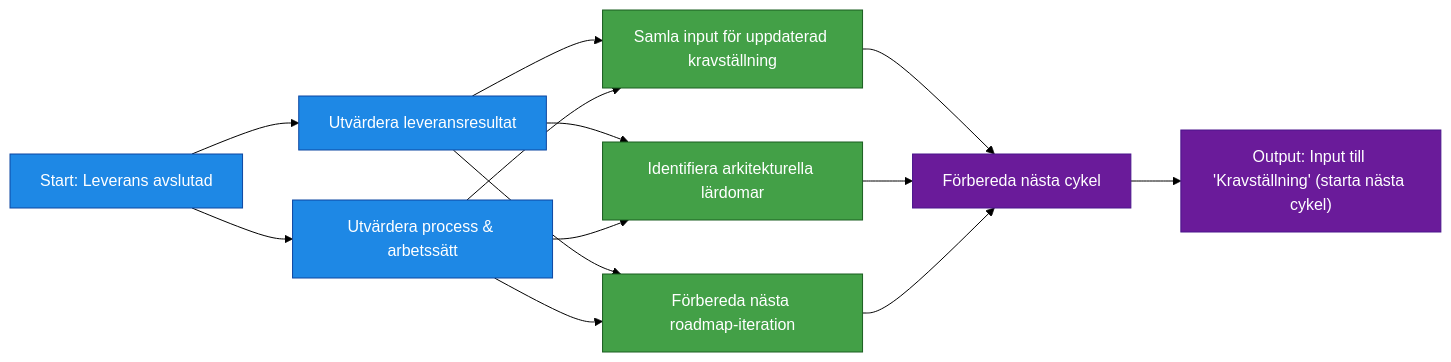
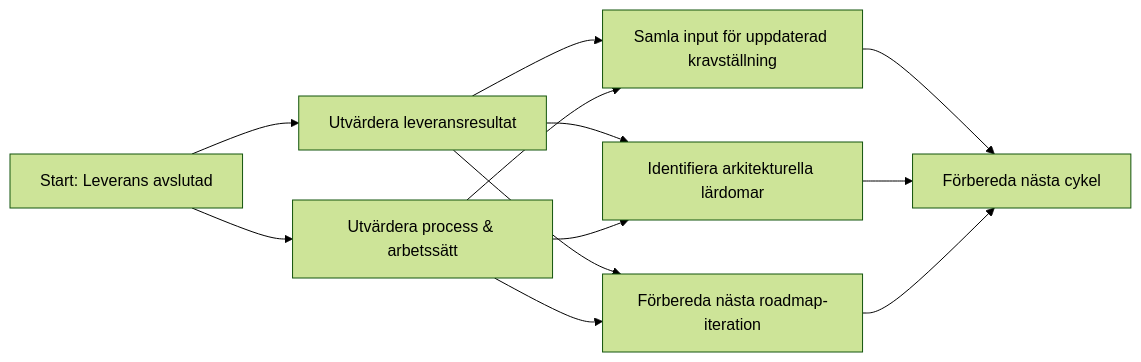
One commit to Riniga/valuestream-os changed the first of 3 diagrams in framework/standard/RACI/5. Repeat.md. Above: the diagram before and after it, drawn with Mermaid (forest theme). The commit also changed other lines of this file and 83 other files, not shown here.

````diff
--- a/framework/standard/RACI/5. Repeat.md
+++ b/framework/standard/RACI/5. Repeat.md
@@ -3,31 +3,14 @@
 ```mermaid
 flowchart LR
-
-%% ===== SEKVENTIELL INGÅNG =====
-A0["Start: Leverans avslutad"] --> A1["Utvärdera leveransresultat"]
-A0 --> A2["Utvärdera process & arbetssätt"]
-
-%% ===== PARALLELLA FÖRBEREDELSER INFÖR NÄSTA CYKEL =====
-A1 --> B1["Samla input för uppdaterad kravställning"]
-A2 --> B1
-A1 --> B2["Identifiera arkitekturella lärdomar"]
-A2 --> B2
-A1 --> B3["Förbereda nästa roadmap‑iteration"]
-A2 --> B3
-
-%% ===== KONSOLIDERING OCH ÅTERSTART =====
-B1 --> C1["Förbereda nästa cykel"]
-B2 --> C1
-B3 --> C1
-
-C1 --> D0["Output: Input till 'Kravställning' (starta nästa cykel)"]
-
-%% ===== STYLING =====
-classDef seq fill:#1e88e5,stroke:#0d47a1,color:#fff;
-classDef par fill:#43a047,stroke:#1b5e20,color:#fff;
-classDef converge fill:#6a1b9a,stroke:#4a148c,color:#fff;
-
-class A0,A1,A2 seq;
-class B1,B2,B3 par;
-class C1,D0 converge;
+    A0["Start: Leverans avslutad"] --> A1["Utvärdera leveransresultat"]
+    A0 --> A2["Utvärdera process & arbetssätt"]
+    A1 --> B1["Samla input för uppdaterad kravställning"]
+    A2 --> B1
+    A1 --> B2["Identifiera arkitekturella lärdomar"]
+    A2 --> B2
+    A1 --> B3["Förbereda nästa roadmap-iteration"]
+    A2 --> B3
+    B1 --> C1["Förbereda nästa cykel"]
+    B2 --> C1
+    B3 --> C1
 ```
````
